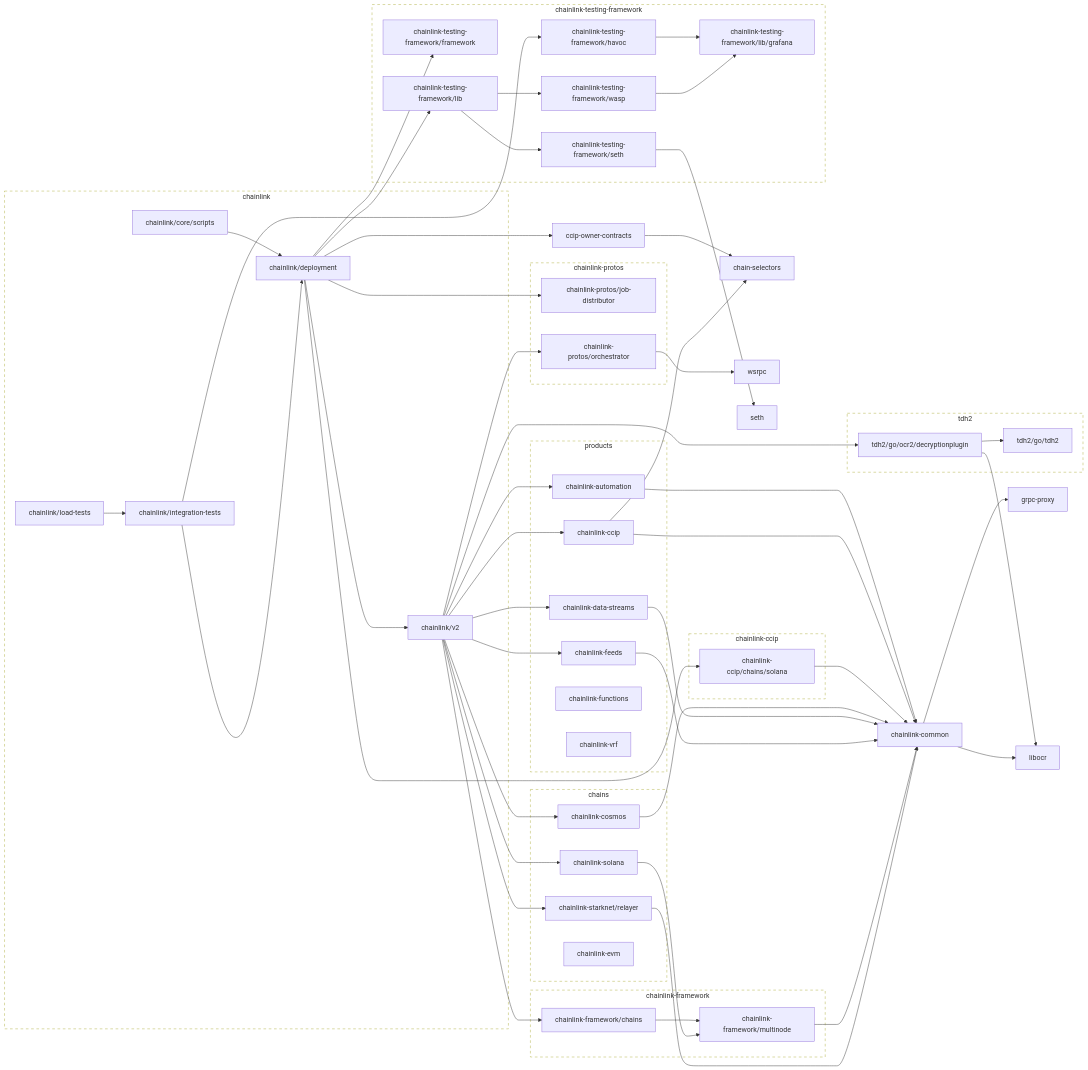
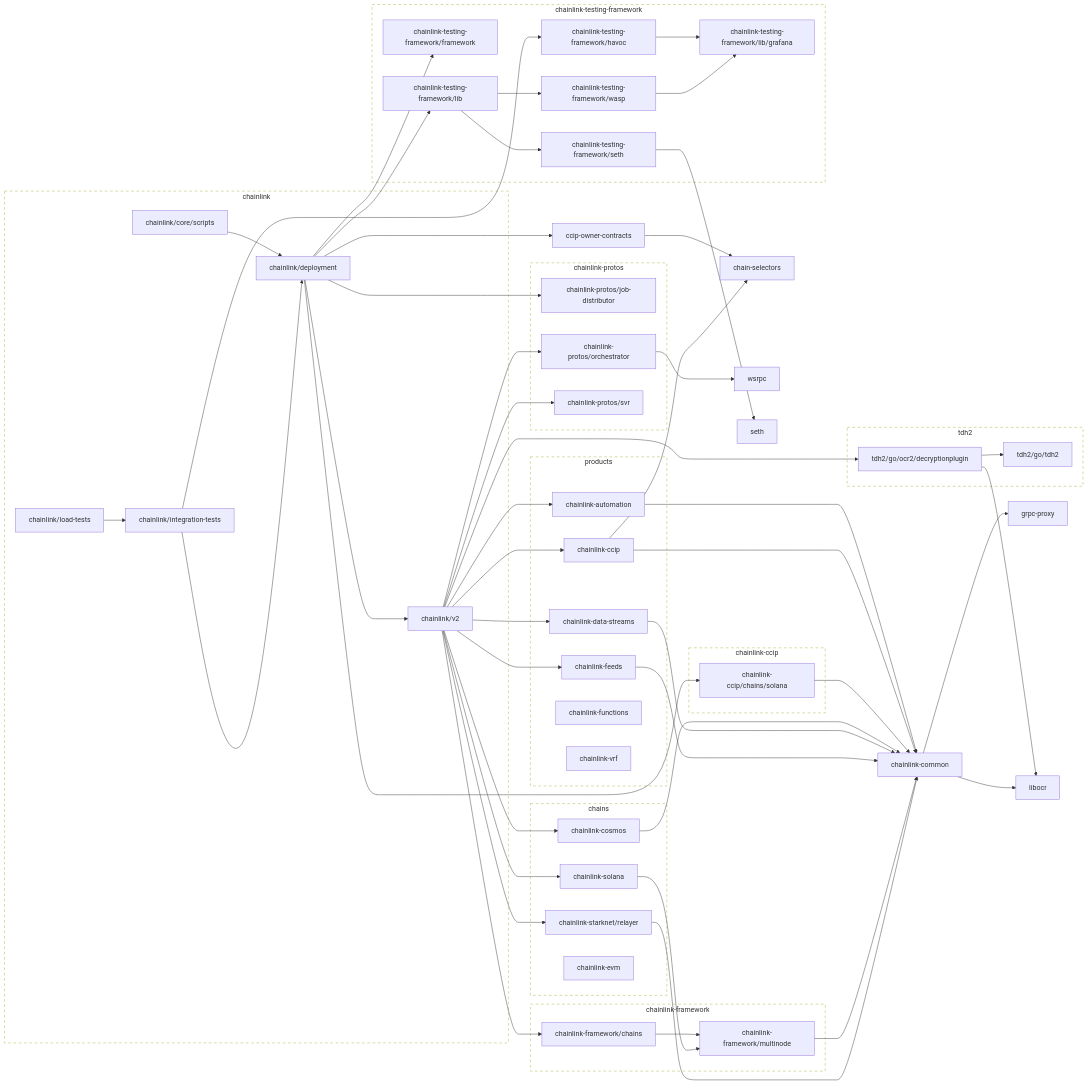
The second of 2 diagrams in go.md (protofire/chainlink), drawn with Mermaid before and after one commit. The commit also changed other lines of this file and 14 other files, not shown here.

First line of the commit message:
Move TxMessage to chainlink-protos (#16041)

```diff
--- a/go.md
+++ b/go.md
@@ -135,6 +144,8 @@
 	click chainlink-protos/job-distributor href "https://github.com/smartcontractkit/chainlink-protos"
 	chainlink-protos/orchestrator --> wsrpc
 	click chainlink-protos/orchestrator href "https://github.com/smartcontractkit/chainlink-protos"
+	chainlink-protos/svr
+	click chainlink-protos/svr href "https://github.com/smartcontractkit/chainlink-protos"
 	chainlink-solana --> chainlink-framework/multinode
 	click chainlink-solana href "https://github.com/smartcontractkit/chainlink-solana"
 	chainlink-starknet/relayer --> chainlink-common
@@ -173,6 +184,7 @@
 	chainlink/v2 --> chainlink-feeds
 	chainlink/v2 --> chainlink-framework/chains
 	chainlink/v2 --> chainlink-protos/orchestrator
+	chainlink/v2 --> chainlink-protos/svr
 	chainlink/v2 --> chainlink-solana
 	chainlink/v2 --> chainlink-starknet/relayer
 	chainlink/v2 --> tdh2/go/ocr2/decryptionplugin
@@ -215,6 +227,7 @@
 	subgraph chainlink-protos-repo[chainlink-protos]
 		 chainlink-protos/job-distributor
 		 chainlink-protos/orchestrator
+		 chainlink-protos/svr
 	end
 	click chainlink-protos-repo href "https://github.com/smartcontractkit/chainlink-protos"
 
```
